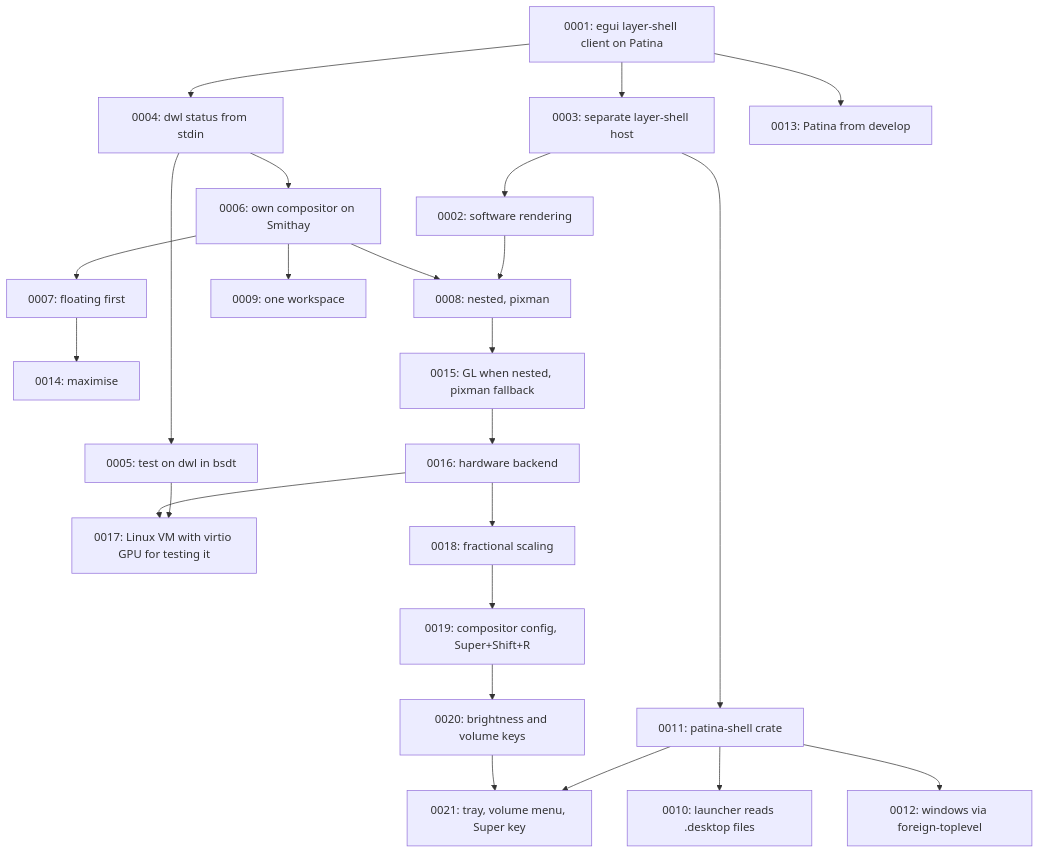
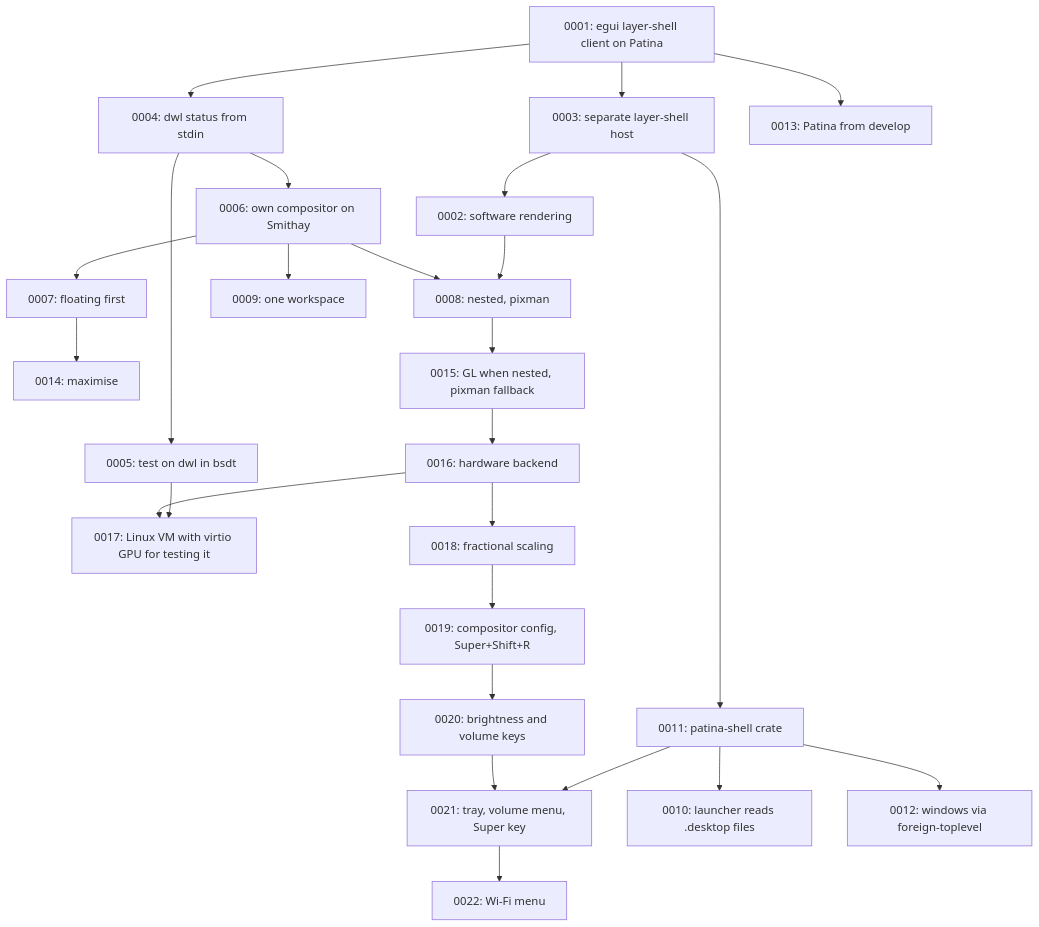
One commit to Sector-F-Labs/patina-desktop changed the diagram in docs/adr/README.md. Above: the diagram before and after it, drawn with Mermaid. The commit also changed other lines of this file and 21 other files, not shown here.

````diff
--- a/docs/adr/README.md
+++ b/docs/adr/README.md
@@ -69,26 +70,27 @@
 ```mermaid
 flowchart TD
     A[0001: egui layer-shell client on Patina] --> B[0003: separate layer-shell host]
     B --> C[0002: software rendering]
     A --> D[0004: dwl status from stdin]
     D --> E[0005: test on dwl in bsdt]
     D --> F[0006: own compositor on Smithay]
     F --> G[0007: floating first]
     G --> N[0014: maximise]
     F --> H[0008: nested, pixman]
     H --> O[0015: GL when nested, pixman fallback]
     O --> P[0016: hardware backend]
     P --> Q[0017: Linux VM with virtio GPU for testing it]
     P --> R[0018: fractional scaling]
     R --> S[0019: compositor config, Super+Shift+R]
     S --> T[0020: brightness and volume keys]
     T --> U[0021: tray, volume menu, Super key]
+    U --> V[0022: Wi-Fi menu]
     K --> U
     E --> Q
     C --> H
     F --> I[0009: one workspace]
     B --> K[0011: patina-shell crate]
     K --> J[0010: launcher reads .desktop files]
     K --> L[0012: windows via foreign-toplevel]
     A --> M[0013: Patina from develop]
 ```
````
